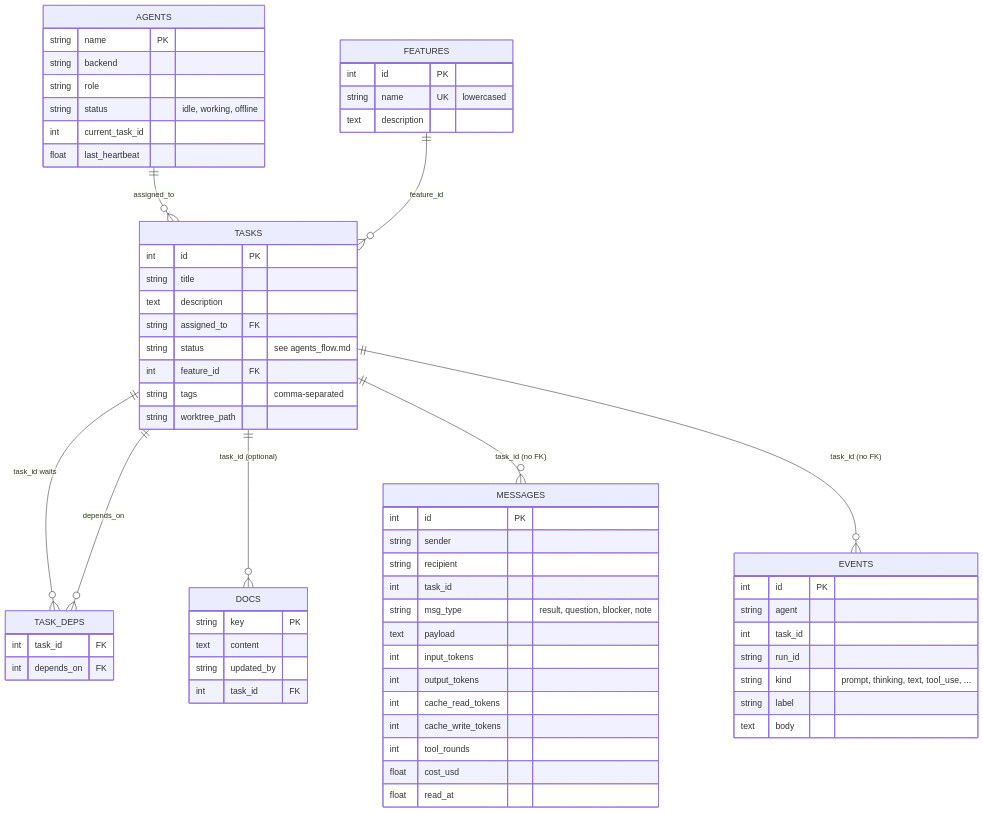
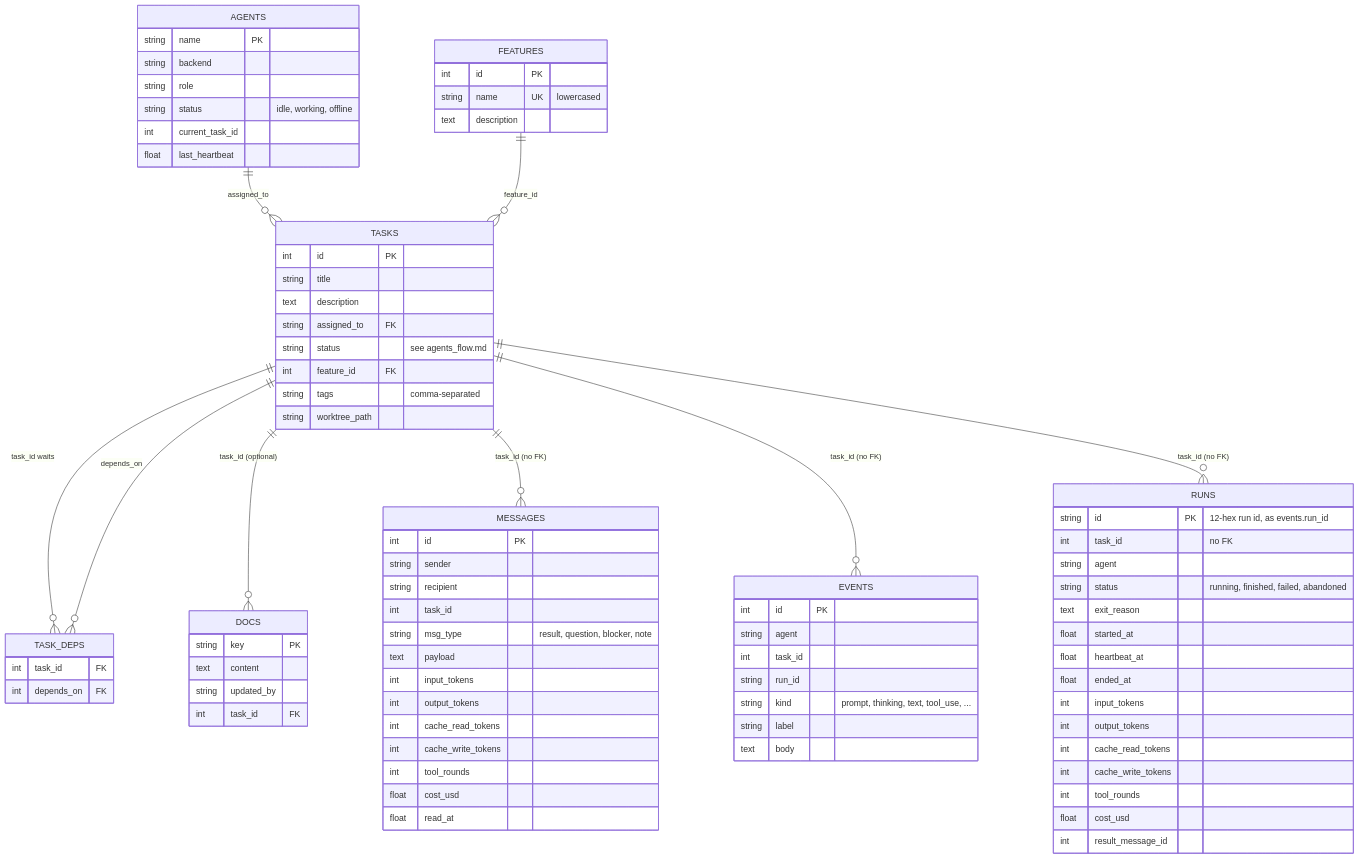
The second of 2 diagrams in docs/architecture.md (mberacochea/kuska), drawn with Mermaid before and after one commit. The commit also changed other lines of this file and 8 other files, not shown here.

````diff
--- a/docs/architecture.md
+++ b/docs/architecture.md
@@ -97,6 +97,7 @@
   TASKS ||--o{ DOCS : "task_id (optional)"
   TASKS ||--o{ MESSAGES : "task_id (no FK)"
   TASKS ||--o{ EVENTS : "task_id (no FK)"
+  TASKS ||--o{ RUNS : "task_id (no FK)"
 
   AGENTS {
     string name PK
@@ -155,4 +156,21 @@
     string label
     text body
   }
+  RUNS {
+    string id PK "12-hex run id, as events.run_id"
+    int task_id "no FK"
+    string agent
+    string status "running, finished, failed, abandoned"
+    text exit_reason
+    float started_at
+    float heartbeat_at
+    float ended_at
+    int input_tokens
+    int output_tokens
+    int cache_read_tokens
+    int cache_write_tokens
+    int tool_rounds
+    float cost_usd
+    int result_message_id
+  }
 ```
````
